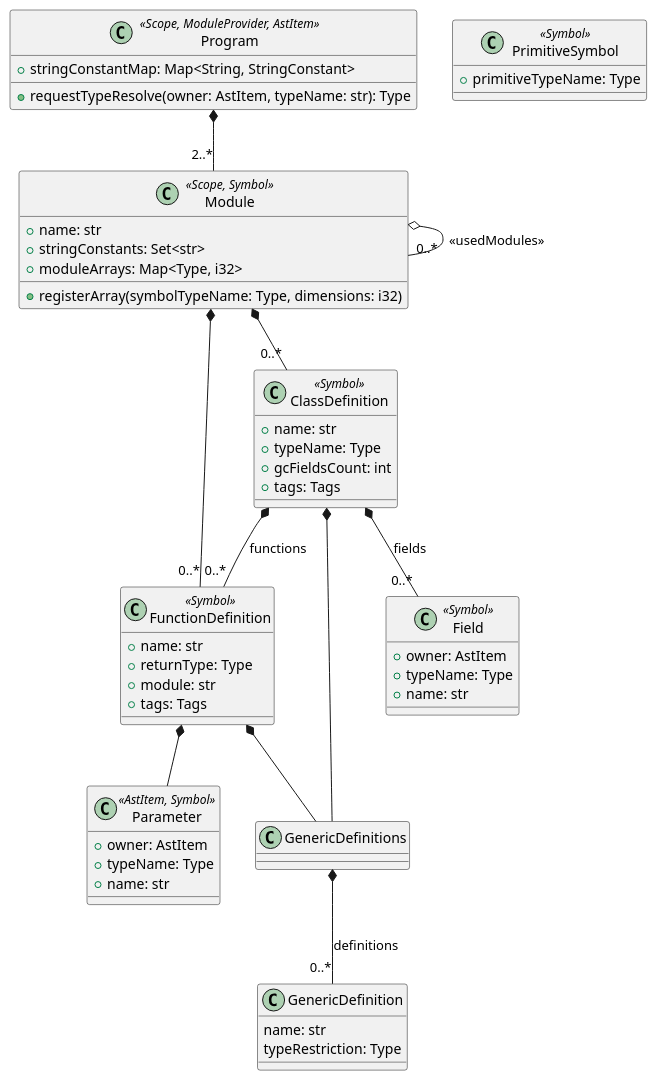
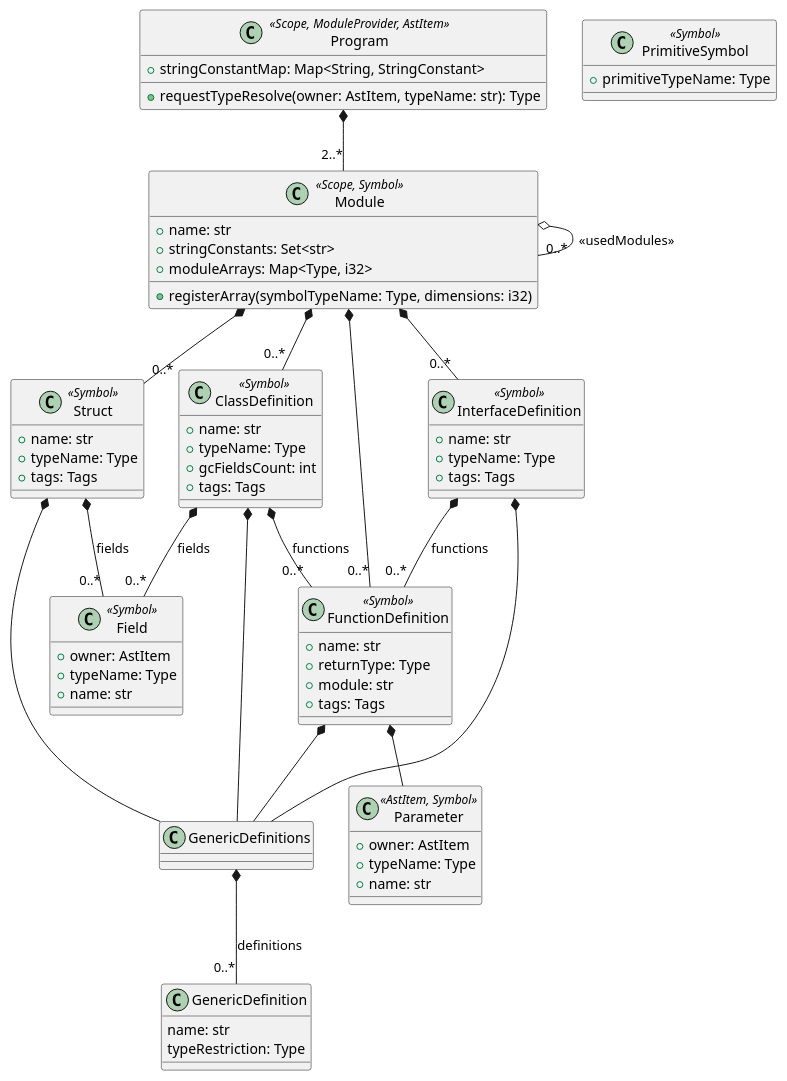
The first of 5 diagrams in compiler.md (caffc/caffc), drawn with PlantUML before and after one commit. The commit also changed other lines of this file and 4 other files, not shown here.

````diff
--- a/compiler.md
+++ b/compiler.md
@@ -45,62 +46,80 @@
 ```plantuml
 class Program <<Scope, ModuleProvider, AstItem>> {
   + stringConstantMap: Map<String, StringConstant>
   + requestTypeResolve(owner: AstItem, typeName: str): Type
 }
 
 class Module <<Scope, Symbol>> {
   + name: str
   + stringConstants: Set<str>
   + moduleArrays: Map<Type, i32>
   + registerArray(symbolTypeName: Type, dimensions: i32)
 }
 
 class FunctionDefinition <<Symbol>> {
   + name: str
   + returnType: Type
   + module: str
   + tags: Tags
 }
 
 class PrimitiveSymbol <<Symbol>> {
   + primitiveTypeName: Type
 }
 
+class InterfaceDefinition <<Symbol>> {
+  + name: str
+  + typeName: Type
+  + tags: Tags
+}
+
 class ClassDefinition <<Symbol>> {
   + name: str
   + typeName: Type
   + gcFieldsCount: int
+  + tags: Tags
+}
+
+class Struct <<Symbol>> {
+  + name: str
+  + typeName: Type
   + tags: Tags
 }
 
 class GenericDefinitions {
 }
 
 class GenericDefinition {
   name: str
   typeRestriction: Type
 }
 
 class Field <<Symbol>> {
   + owner: AstItem
   + typeName: Type
   + name: str
 }
 
 class Parameter <<AstItem, Symbol>> {
   + owner: AstItem
   + typeName: Type
   + name: str
 }
 
 Program *-- "2..*" Module
+Module *-- "0..*" InterfaceDefinition
 Module *-- "0..*" ClassDefinition
 Module *-- "0..*" FunctionDefinition
+Module *-- "0..*" Struct
 Module o-- "0..*" Module: <<usedModules>>
 ClassDefinition *-- "0..*" FunctionDefinition : functions
 ClassDefinition *-- "0..*" Field : fields
+InterfaceDefinition *-- "0..*" FunctionDefinition : functions
+InterfaceDefinition *-- GenericDefinitions
 FunctionDefinition *-- Parameter
 ClassDefinition *-- GenericDefinitions
 FunctionDefinition *-- GenericDefinitions
 GenericDefinitions *-- "0..*" GenericDefinition: definitions
+Struct *-- GenericDefinitions
+Struct *-- "0..*" Field : fields
 ```
````
